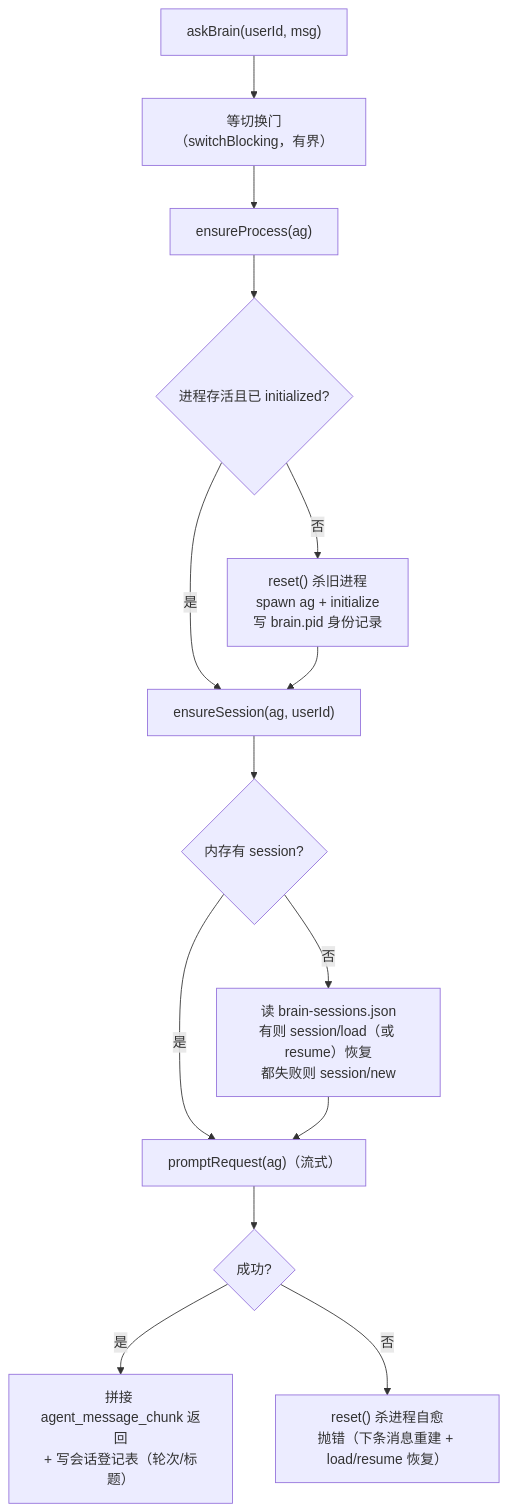
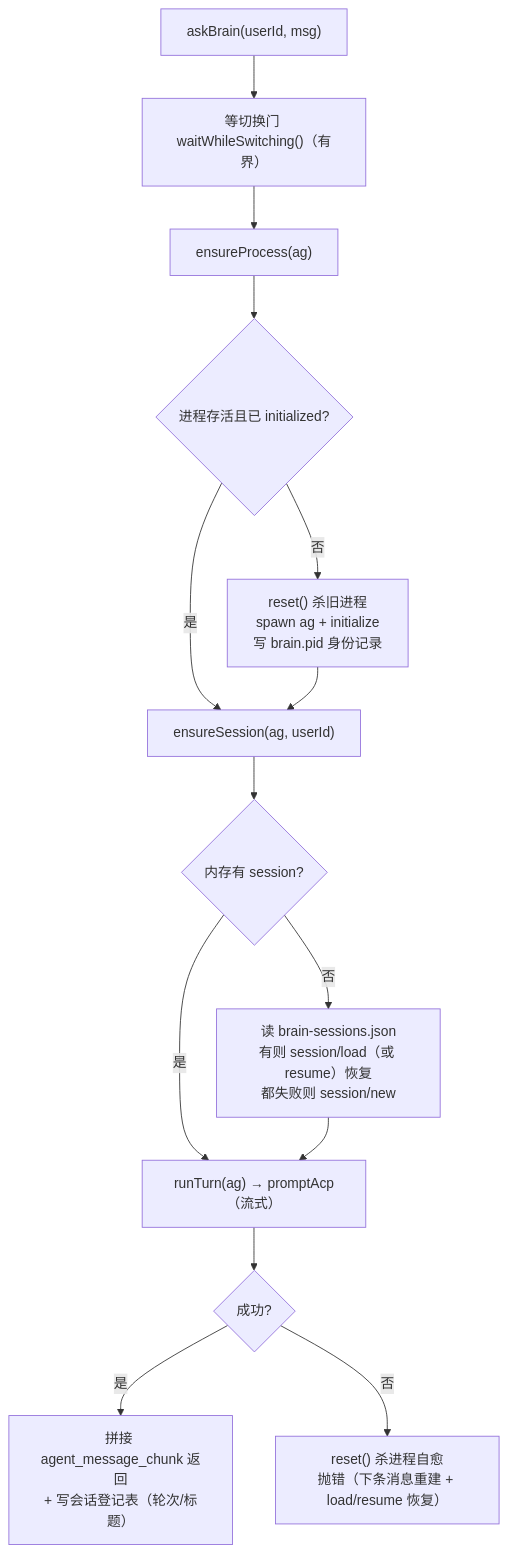
Before and after one commit to imwangpan/WeMind: the first of 2 diagrams in docs/repowiki/06-ACP-大脑与沙箱.md, drawn with Mermaid. The commit also changed other lines of this file and 52 other files, not shown here.

````diff
--- a/docs/repowiki/06-ACP-大脑与沙箱.md
+++ b/docs/repowiki/06-ACP-大脑与沙箱.md
@@ -37,16 +39,16 @@
 ```mermaid
 graph TD
-    A["askBrain(userId, msg)"] --> W["等切换门（switchBlocking，有界）"]
+    A["askBrain(userId, msg)"] --> W["等切换门 waitWhileSwitching()（有界）"]
     W --> B["ensureProcess(ag)"]
     B --> C{"进程存活且已 initialized?"}
     C -->|否| D["reset() 杀旧进程<br/>spawn ag + initialize<br/>写 brain.pid 身份记录"]
     C -->|是| E
     D --> E["ensureSession(ag, userId)"]
     E --> F{"内存有 session?"}
     F -->|否| G["读 brain-sessions.json<br/>有则 session/load（或 resume）恢复<br/>都失败则 session/new"]
     F -->|是| H
-    G --> H["promptRequest(ag)（流式）"]
+    G --> H["runTurn(ag) → promptAcp（流式）"]
     H --> I{"成功?"}
     I -->|是| J["拼接 agent_message_chunk 返回<br/>+ 写会话登记表（轮次/标题）"]
     I -->|否| K["reset() 杀进程自愈<br/>抛错（下条消息重建 + load/resume 恢复）"]
 ```
````
